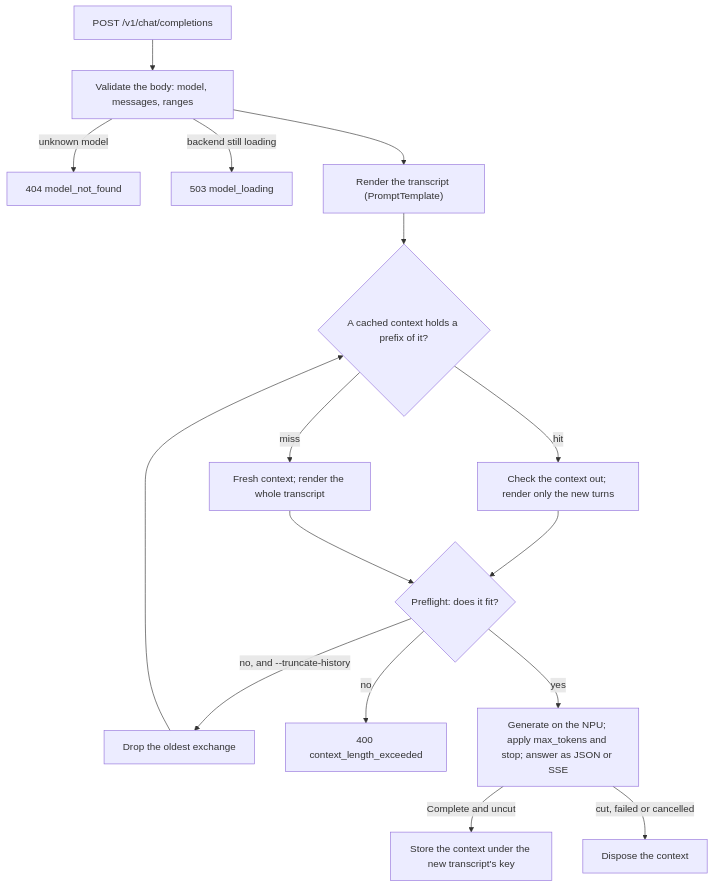
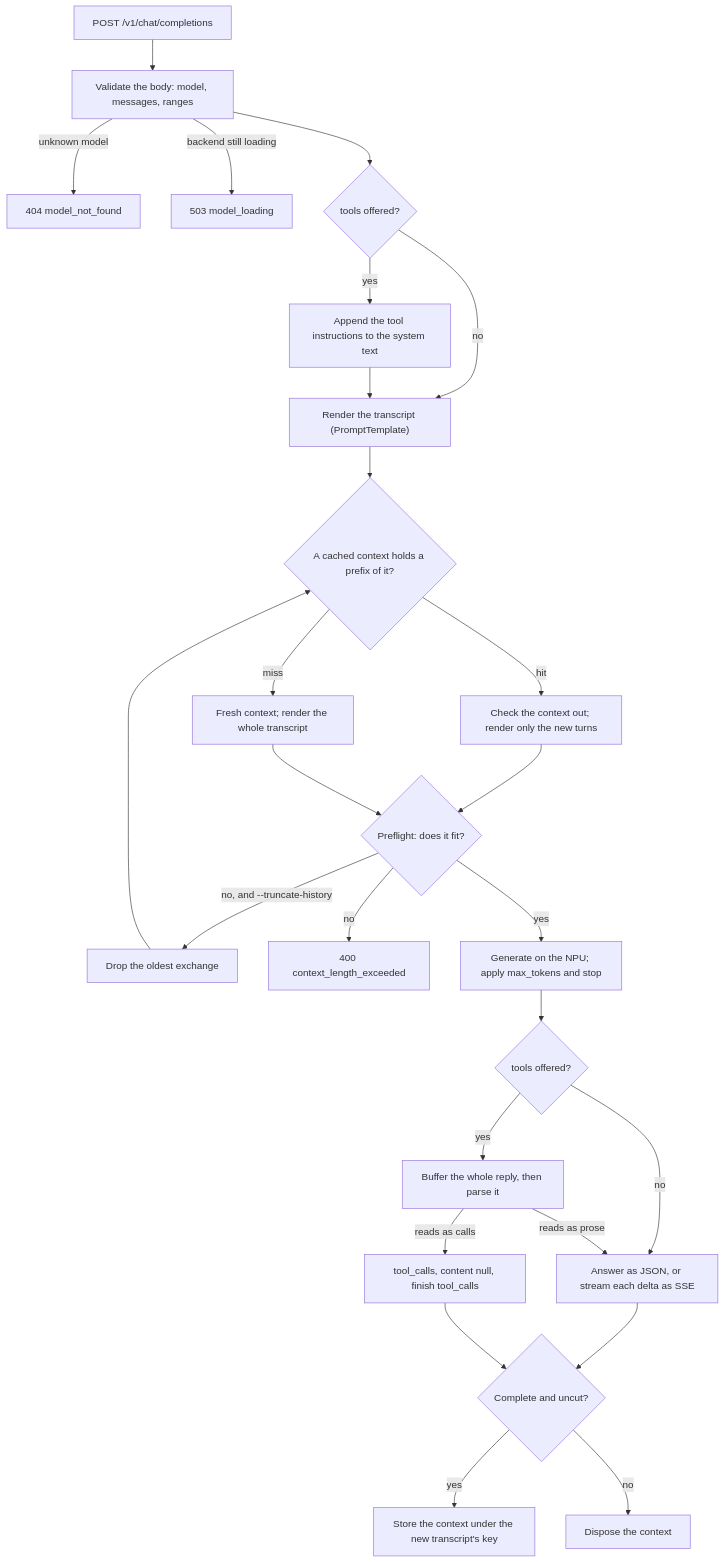
Before and after one commit to ookla-ariel-ride/Phi-Silica-OpenAI: the first of 2 diagrams in README.md, drawn with Mermaid. The commit also changed other lines of this file and 5 other files, not shown here.

````diff
--- a/README.md
+++ b/README.md
@@ -106,17 +106,27 @@
 ```mermaid
 flowchart TD
     A["POST /v1/chat/completions"] --> B["Validate the body: model, messages, ranges"]
     B -->|"unknown model"| E404["404 model_not_found"]
     B -->|"backend still loading"| E503["503 model_loading"]
-    B --> D["Render the transcript (PromptTemplate)"]
+    B --> C{"tools offered?"}
+    C -->|"yes"| C1["Append the tool instructions to the system text"]
+    C -->|"no"| D
+    C1 --> D["Render the transcript (PromptTemplate)"]
     D --> F{"A cached context holds a prefix of it?"}
     F -->|"hit"| G["Check the context out; render only the new turns"]
     F -->|"miss"| H["Fresh context; render the whole transcript"]
     G --> I{"Preflight: does it fit?"}
     H --> I
     I -->|"no, and --truncate-history"| J["Drop the oldest exchange"] --> F
     I -->|"no"| E400["400 context_length_exceeded"]
-    I -->|"yes"| K["Generate on the NPU; apply max_tokens and stop; answer as JSON or SSE"]
-    K -->|"Complete and uncut"| L["Store the context under the new transcript's key"]
-    K -->|"cut, failed or cancelled"| M["Dispose the context"]
+    I -->|"yes"| K["Generate on the NPU; apply max_tokens and stop"]
+    K --> N{"tools offered?"}
+    N -->|"no"| P["Answer as JSON, or stream each delta as SSE"]
+    N -->|"yes"| O["Buffer the whole reply, then parse it"]
+    O -->|"reads as calls"| Q["tool_calls, content null, finish tool_calls"]
+    O -->|"reads as prose"| P
+    P --> R{"Complete and uncut?"}
+    Q --> R
+    R -->|"yes"| L["Store the context under the new transcript's key"]
+    R -->|"no"| M["Dispose the context"]
 ```
````
